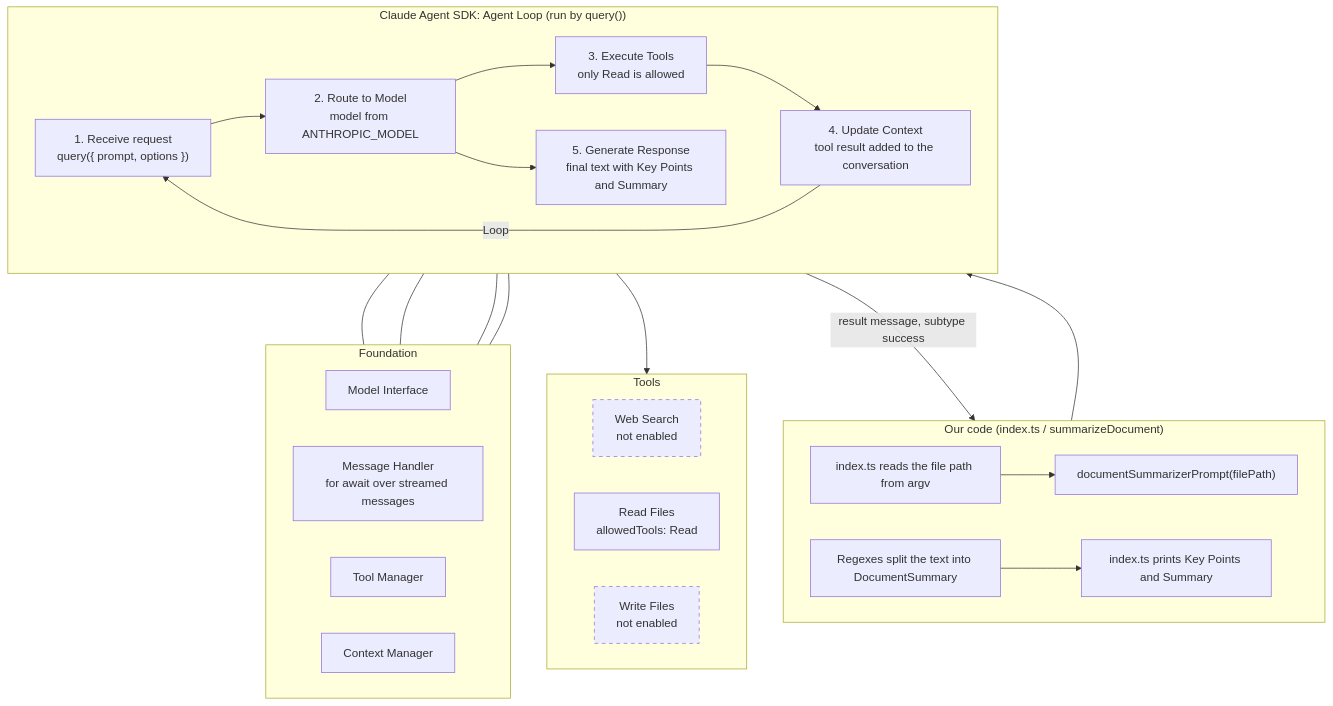
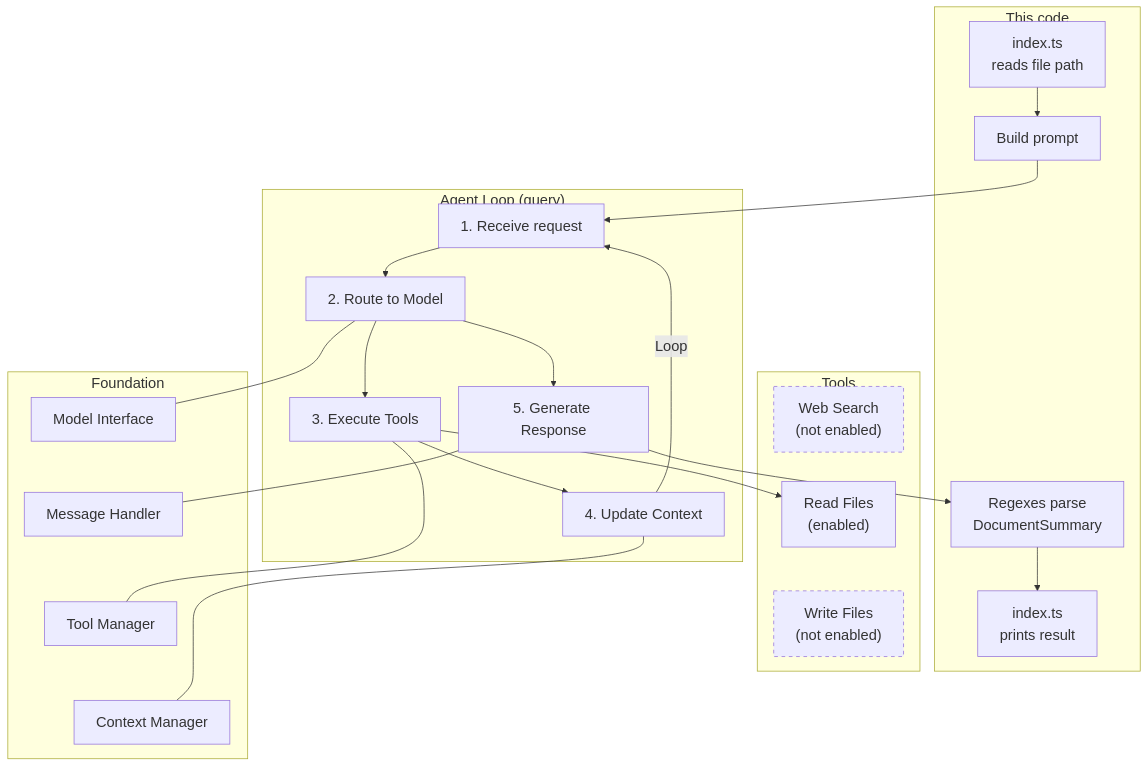
One commit to DirkMueller8/claude-agent-sdk-document-summarizer changed the diagram in README.md. Above: the diagram before and after it, drawn with Mermaid. The commit also changed other lines of this file, not shown here.

Commit message:
Optimize README Mermaid diagram: larger font, narrower layout

````diff
--- a/README.md
+++ b/README.md
@@ -63,48 +63,51 @@
 ```mermaid
+%%{init: {'themeVariables': {'fontSize': '20px', 'fontFamily': 'Arial'}, 'flowchart': {'nodeSpacing': 25, 'rankSpacing': 40}}}%%
 flowchart TB
-    subgraph APP["Our code (index.ts / summarizeDocument)"]
-        direction LR
-        CLI["index.ts reads the file path from argv"] --> PROMPT["documentSummarizerPrompt(filePath)"]
-        PARSE["Regexes split the text into DocumentSummary"] --> OUT["index.ts prints Key Points and Summary"]
+    subgraph APP["This code"]
+        CLI["index.ts<br/>reads file path"]
+        PROMPT["Build prompt"]
+        PARSE["Regexes parse<br/>DocumentSummary"]
+        OUT["index.ts<br/>prints result"]
     end
 
-    subgraph LOOP["Claude Agent SDK: Agent Loop (run by query())"]
-        direction LR
-        S1["1. Receive request<br/>query({ prompt, options })"]
-        S2["2. Route to Model<br/>model from ANTHROPIC_MODEL"]
-        S3["3. Execute Tools<br/>only Read is allowed"]
-        S4["4. Update Context<br/>tool result added to the conversation"]
-        S5["5. Generate Response<br/>final text with Key Points and Summary"]
+    subgraph LOOP["Agent Loop (query)"]
+        S1["1. Receive request"]
+        S2["2. Route to Model"]
+        S3["3. Execute Tools"]
+        S4["4. Update Context"]
+        S5["5. Generate Response"]
         S1 --> S2
         S2 --> S3
         S3 --> S4
         S4 -->|Loop| S1
         S2 --> S5
     end
 
     subgraph TOOLS["Tools"]
-        direction LR
-        T1["Web Search<br/>not enabled"]
-        T2["Read Files<br/>allowedTools: Read"]
-        T3["Write Files<br/>not enabled"]
+        T1["Web Search<br/>(not enabled)"]
+        T2["Read Files<br/>(enabled)"]
+        T3["Write Files<br/>(not enabled)"]
+        T1 ~~~ T2 ~~~ T3
     end
 
     subgraph FOUND["Foundation"]
-        direction LR
         F1["Model Interface"]
-        F2["Message Handler<br/>for await over streamed messages"]
+        F2["Message Handler"]
         F3["Tool Manager"]
         F4["Context Manager"]
+        F1 ~~~ F2 ~~~ F3 ~~~ F4
     end
 
+    CLI --> PROMPT
     PROMPT --> S1
-    S5 -->|"result message, subtype success"| PARSE
+    S5 --> PARSE
+    PARSE --> OUT
     S3 --> T2
     S2 --- F1
     S5 --- F2
     S3 --- F3
     S4 --- F4
 
     style T1 stroke-dasharray: 5 5
     style T3 stroke-dasharray: 5 5
 ```
````
